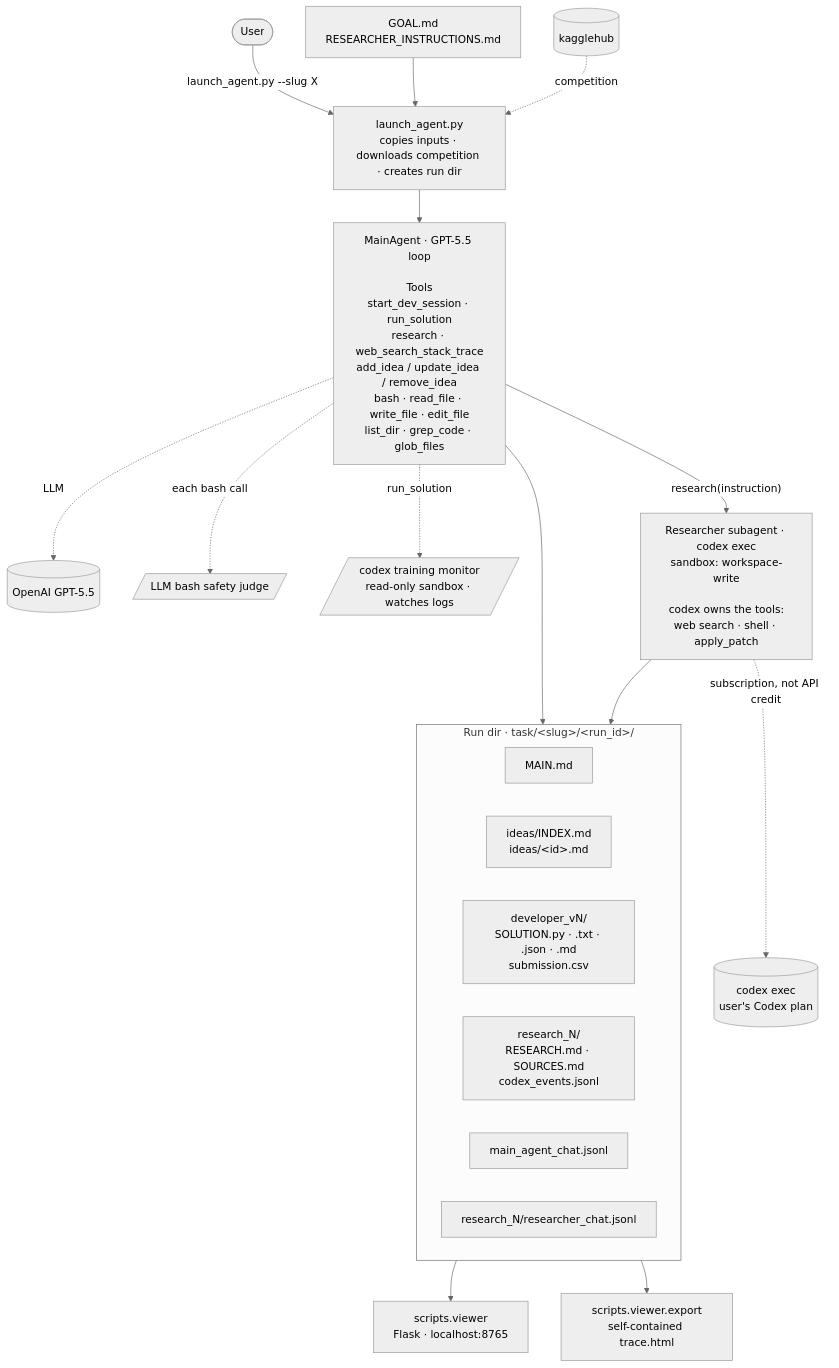
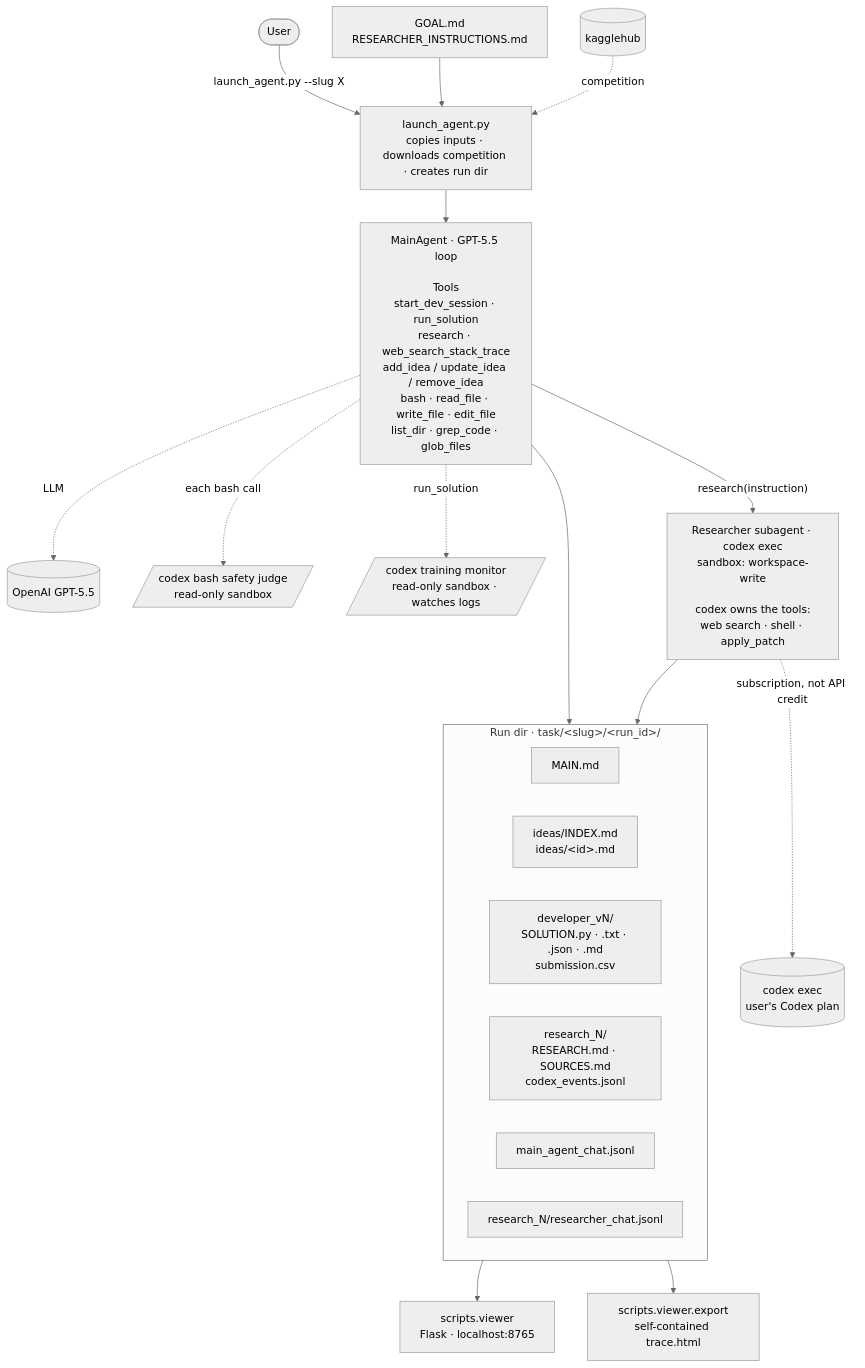
The diagram in README.md (bogoconic1/Qgentic-AI), drawn with Mermaid (neutral theme) before and after one commit. The commit also changed 10 other files, not shown here.

Commit message:
Run the bash safety judge on codex exec and delete the unreachable guardrails

````diff
--- a/README.md
+++ b/README.md
@@ -91,36 +91,36 @@
 ```mermaid
 flowchart TB
     USER(["User"])
     GOAL["GOAL.md<br/>RESEARCHER_INSTRUCTIONS.md"]
     KH[("kagglehub")]
     LLM[("OpenAI GPT-5.5")]
     CODEX[("codex exec<br/>user's Codex plan")]
 
     USER -->|"launch_agent.py --slug X"| LA["launch_agent.py<br/>copies inputs · downloads competition · creates run dir"]
     GOAL --> LA
     KH -. competition .-> LA
 
     LA --> MA["MainAgent · GPT-5.5 loop<br/><br/>Tools<br/>start_dev_session · run_solution<br/>research · web_search_stack_trace<br/>add_idea / update_idea / remove_idea<br/>bash · read_file · write_file · edit_file<br/>list_dir · grep_code · glob_files"]
 
-    MA -. each bash call .-> JUDGE[/"LLM bash safety judge"/]
+    MA -. each bash call .-> JUDGE[/"codex bash safety judge<br/>read-only sandbox"/]
     MA -. run_solution .-> MON[/"codex training monitor<br/>read-only sandbox · watches logs"/]
     MA -. LLM .-> LLM
 
     MA -->|"research(instruction)"| RA["Researcher subagent · codex exec<br/>sandbox: workspace-write<br/><br/>codex owns the tools:<br/>web search · shell · apply_patch"]
     RA -. subscription, not API credit .-> CODEX
 
     MA --> RD
     RA --> RD
     subgraph RD["Run dir · task/&lt;slug&gt;/&lt;run_id&gt;/"]
       direction LR
       MAIN["MAIN.md"]
       IDEAS["ideas/INDEX.md<br/>ideas/&lt;id&gt;.md"]
       DEV["developer_vN/<br/>SOLUTION.py · .txt · .json · .md<br/>submission.csv"]
       RES["research_N/<br/>RESEARCH.md · SOURCES.md<br/>codex_events.jsonl"]
       LOG1["main_agent_chat.jsonl"]
       LOG2["research_N/researcher_chat.jsonl"]
     end
 
     RD --> VS["scripts.viewer<br/>Flask · localhost:8765"]
     RD --> VE["scripts.viewer.export<br/>self-contained trace.html"]
 ```
````
